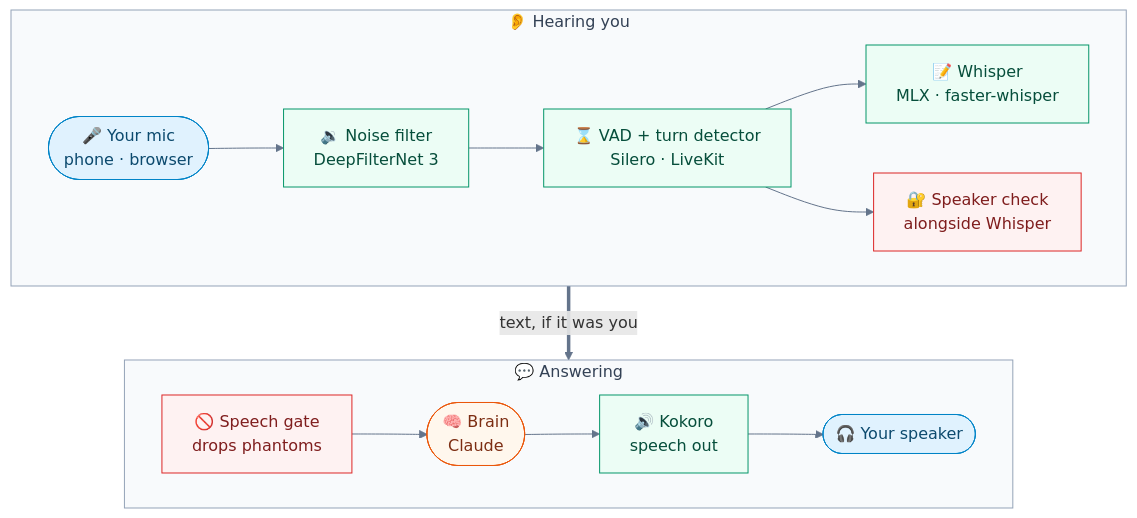
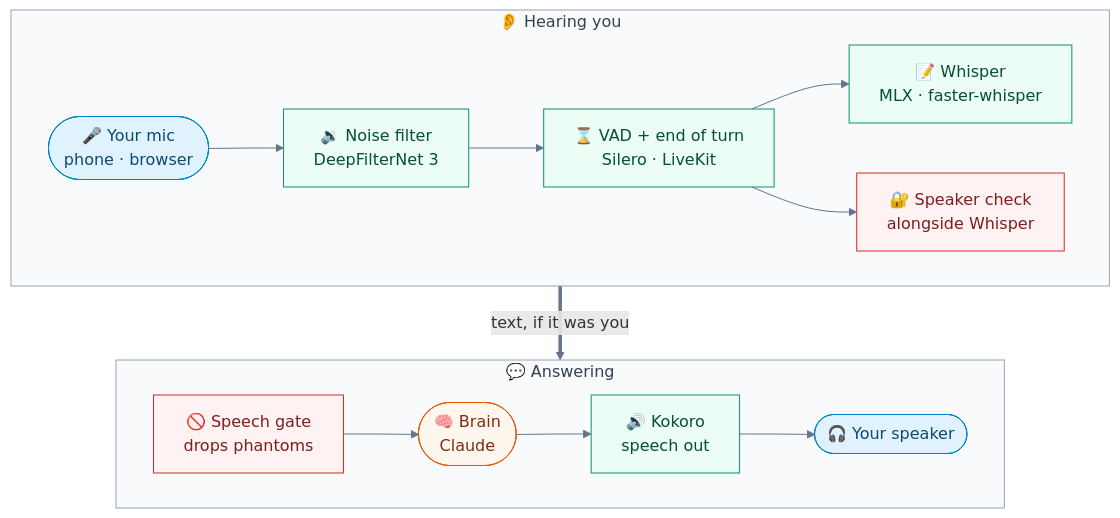
One commit to anilkumarmeena/alfred changed the diagram in docs/voice.md. Above: the diagram before and after it, drawn with Mermaid. The commit also changed other lines of this file and 20 other files, not shown here.

````diff
--- a/docs/voice.md
+++ b/docs/voice.md
@@ -17,31 +17,31 @@
 ```mermaid
 flowchart TB
     subgraph Hear["👂 Hearing you"]
         direction LR
         Mic(["🎤 Your mic<br/>phone · browser"]) --> NF["🔉 Noise filter<br/>DeepFilterNet 3"]
-        NF --> VAD["⌛ VAD + turn detector<br/>Silero · LiveKit"]
+        NF --> VAD["⌛ VAD + end of turn<br/>Silero · LiveKit"]
         VAD --> STT["📝 Whisper<br/>MLX · faster-whisper"]
         VAD --> Spk["🔐 Speaker check<br/>alongside Whisper"]
     end
 
     subgraph Answer["💬 Answering"]
         direction LR
         Gate["🚫 Speech gate<br/>drops phantoms"] --> Brain(["🧠 Brain<br/>Claude"])
         Brain --> TTS["🔊 Kokoro<br/>speech out"]
         TTS --> Out(["🎧 Your speaker"])
     end
 
     Hear ==>|"text, if it was you"| Answer
 
     classDef you fill:#e0f2fe,stroke:#0284c7,color:#0c4a6e
     classDef mac fill:#ecfdf5,stroke:#059669,color:#064e3b
     classDef cloud fill:#fff7ed,stroke:#ea580c,color:#7c2d12
     classDef warn fill:#fef2f2,stroke:#dc2626,color:#7f1d1d
     class Mic,Out you
     class NF,VAD,STT,TTS mac
     class Gate,Spk warn
     class Brain cloud
     style Hear fill:#f8fafc,stroke:#94a3b8,color:#334155
     style Answer fill:#f8fafc,stroke:#94a3b8,color:#334155
     linkStyle default stroke:#64748b
 ```
````
